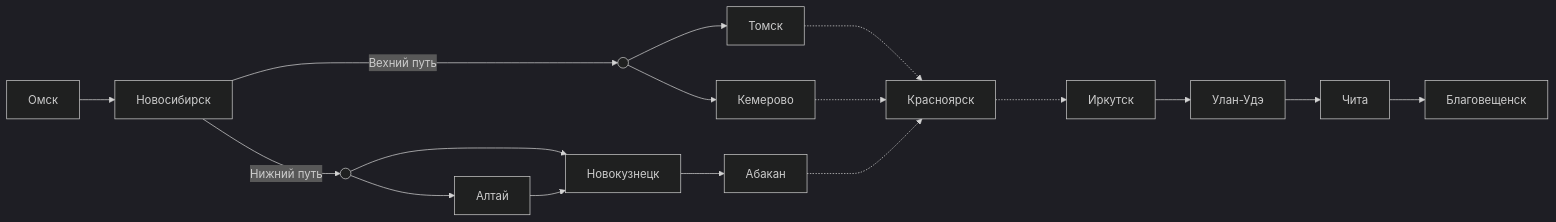
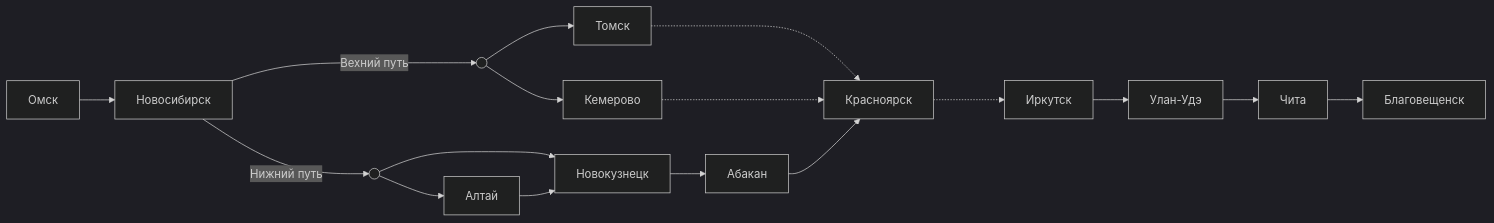
One commit to u0feff/Pezda changed the first of 14 diagrams in README.md. Above: the diagram before and after it, drawn with Mermaid (dark theme). The commit also changed other lines of this file, not shown here.

````diff
--- a/README.md
+++ b/README.md
@@ -29,24 +29,24 @@
 ```mermaid
 graph LR
     Омск-->Новосибирск
 
     Новосибирск--"Вехний путь"-->VP1(( ))
 
     VP1(( ))-->Томск-..->Красноярск
     VP1(( ))-->Кемерово-..->Красноярск
 
     Новосибирск--"Нижний путь"-->VP2(( ))
 
     VP2(( ))-->Новокузнецк
     VP2(( ))-->Алтай-->Новокузнецк
 
-    Новокузнецк-->Абакан-..->Красноярск
+    Новокузнецк-->Абакан-->Красноярск
 
     Красноярск-..->Иркутск
 
     Иркутск-->Улан-Удэ
 
     Улан-Удэ-->Чита
 
     Чита-->Благовещенск
 ```
````
